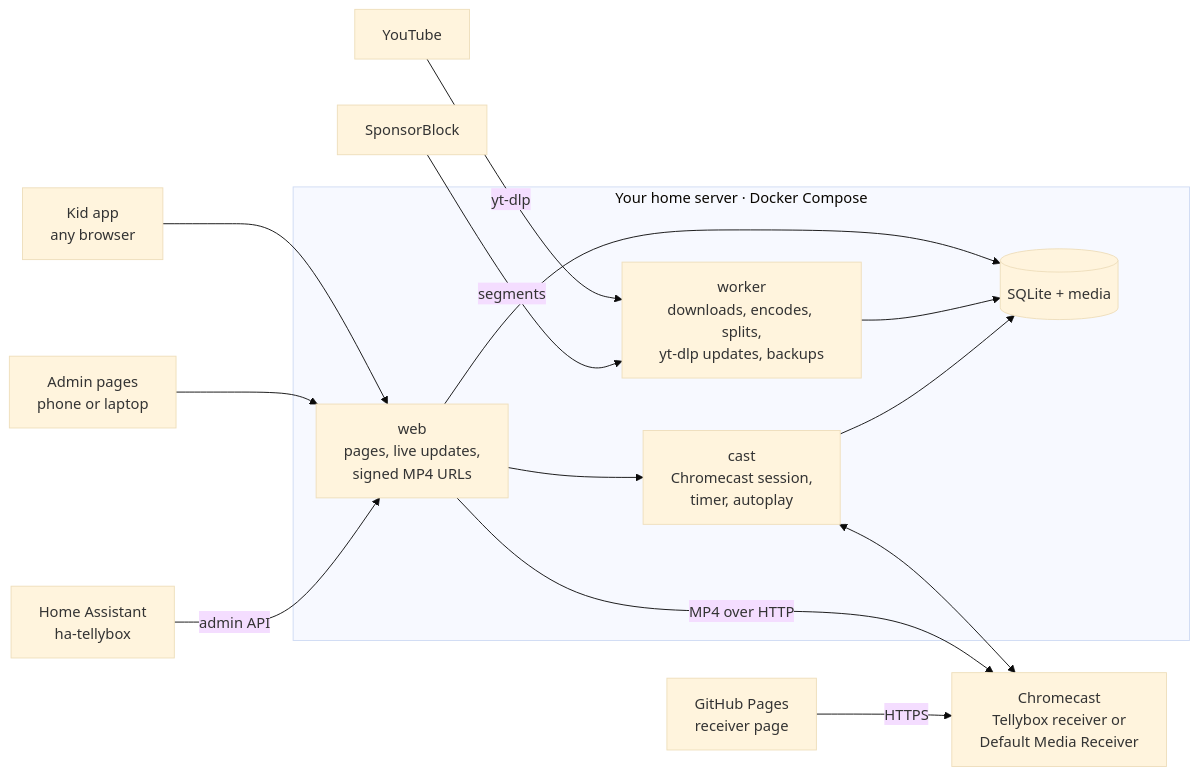
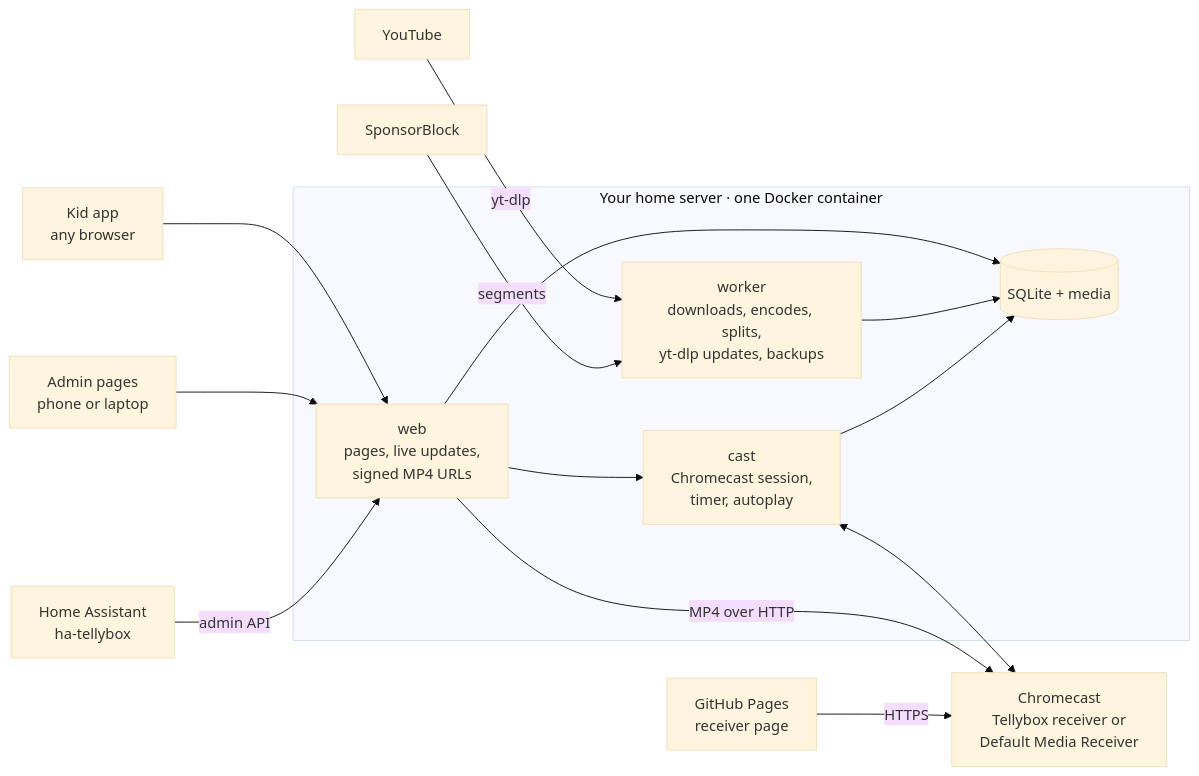
One commit to MattHodge/Tellybox changed the diagram in README.md. Above: the diagram before and after it, drawn with Mermaid (base theme). The commit also changed other lines of this file and 2 other files, not shown here.

First line of the commit message:
README and installation guide: step 15 (one container, install script, platforms)

````diff
--- a/README.md
+++ b/README.md
@@ -152,21 +152,21 @@
 ```mermaid
 flowchart LR
   kid[Kid app<br/>any browser] --> web
   admin[Admin pages<br/>phone or laptop] --> web
   ha[Home Assistant<br/>ha-tellybox] -- admin API --> web
   yt[YouTube] -- yt-dlp --> worker
   sb[SponsorBlock] -- segments --> worker
-  subgraph server[Your home server · Docker Compose]
+  subgraph server[Your home server · one Docker container]
     web[web<br/>pages, live updates,<br/>signed MP4 URLs]
     worker[worker<br/>downloads, encodes, splits,<br/>yt-dlp updates, backups]
     cast[cast<br/>Chromecast session,<br/>timer, autoplay]
     store[(SQLite + media)]
     web --> cast
     web --> store
     worker --> store
     cast --> store
   end
   cast <--> tv[Chromecast<br/>Tellybox receiver or<br/>Default Media Receiver]
   web -- MP4 over HTTP --> tv
   pages[GitHub Pages<br/>receiver page] -- HTTPS --> tv
 ```
````
